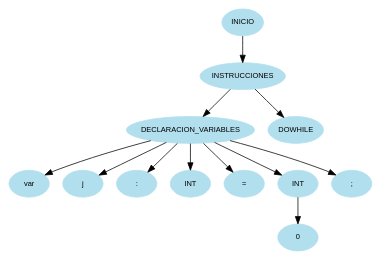
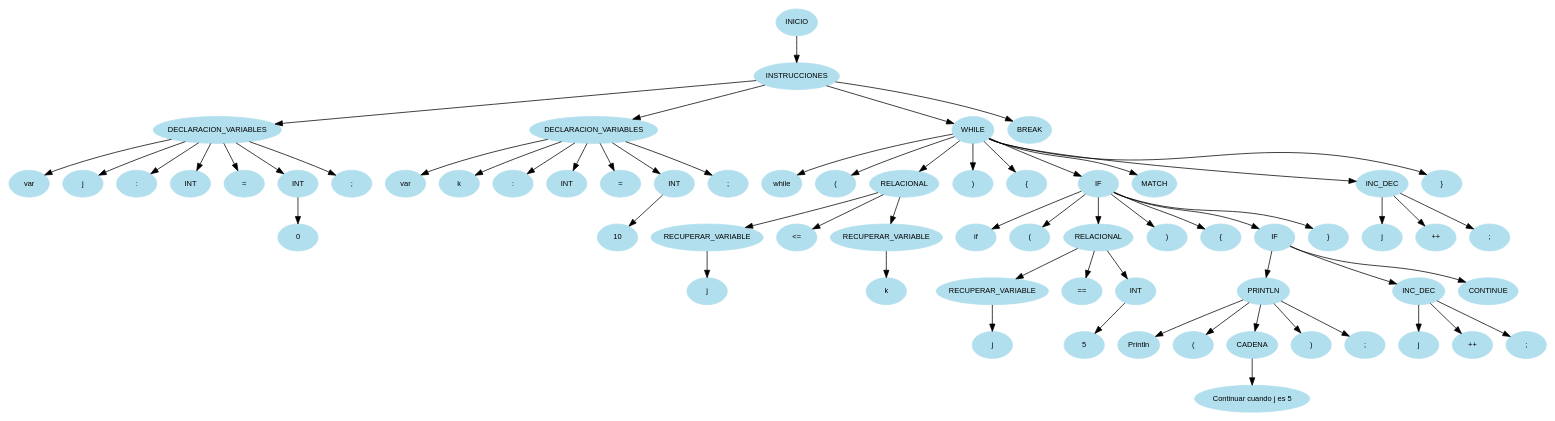
The diagram in Fase_1/Reports/arbolAST.dot (MMP119/OLC1_JavaCraft), drawn with Graphviz before and after one commit. The commit also changed 14 other files, not shown here.

```diff
--- a/Fase_1/Reports/arbolAST.dot
+++ b/Fase_1/Reports/arbolAST.dot
@@ -1,27 +1,129 @@
 digraph arbolAST{
 node [shape=oval, style=filled, color=lightblue2, fontname=Helvetica, fontsize=10];
 edge [fontname=Helvetica, fontsize=10];
 n0[label="INICIO"];
 n1[label="INSTRUCCIONES"];
 n0 -> n1;
 n2[label="DECLARACION_VARIABLES"];
 n1 -> n2;
 n3[label="var"];
 n2 -> n3;
 n4[label="j"];
 n2 -> n4;
 n5[label=":"];
 n2 -> n5;
 n6[label="INT"];
 n2 -> n6;
 n7[label="="];
 n2 -> n7;
 n8[label="INT"];
 n2 -> n8;
 n9[label="0"];
 n8 -> n9;
 n10[label=";"];
 n2 -> n10;
-n11[label="DOWHILE"];
+n11[label="DECLARACION_VARIABLES"];
 n1 -> n11;
+n12[label="var"];
+n11 -> n12;
+n13[label="k"];
+n11 -> n13;
+n14[label=":"];
+n11 -> n14;
+n15[label="INT"];
+n11 -> n15;
+n16[label="="];
+n11 -> n16;
+n17[label="INT"];
+n11 -> n17;
+n18[label="10"];
+n17 -> n18;
+n19[label=";"];
+n11 -> n19;
+n20[label="WHILE"];
+n1 -> n20;
+n21[label="while"];
+n20 -> n21;
+n22[label="("];
+n20 -> n22;
+n23[label="RELACIONAL"];
+n20 -> n23;
+n24[label="RECUPERAR_VARIABLE"];
+n23 -> n24;
+n25[label="j"];
+n24 -> n25;
+n26[label="<="];
+n23 -> n26;
+n27[label="RECUPERAR_VARIABLE"];
+n23 -> n27;
+n28[label="k"];
+n27 -> n28;
+n29[label=")"];
+n20 -> n29;
+n30[label="{"];
+n20 -> n30;
+n31[label="IF"];
+n20 -> n31;
+n32[label="if"];
+n31 -> n32;
+n33[label="("];
+n31 -> n33;
+n34[label="RELACIONAL"];
+n31 -> n34;
+n35[label="RECUPERAR_VARIABLE"];
+n34 -> n35;
+n36[label="j"];
+n35 -> n36;
+n37[label="=="];
+n34 -> n37;
+n38[label="INT"];
+n34 -> n38;
+n39[label="5"];
+n38 -> n39;
+n40[label=")"];
+n31 -> n40;
+n41[label="{"];
+n31 -> n41;
+n42[label="IF"];
+n31 -> n42;
+n43[label="PRINTLN"];
+n42 -> n43;
+n44[label="Println"];
+n43 -> n44;
+n45[label="("];
+n43 -> n45;
+n46[label="CADENA"];
+n43 -> n46;
+n47[label="Continuar cuando j es 5"];
+n46 -> n47;
+n48[label=")"];
+n43 -> n48;
+n49[label=";"];
+n43 -> n49;
+n50[label="INC_DEC"];
+n42 -> n50;
+n51[label="j"];
+n50 -> n51;
+n52[label="++"];
+n50 -> n52;
+n53[label=";"];
+n50 -> n53;
+n54[label="CONTINUE"];
+n42 -> n54;
+n55[label="}"];
+n31 -> n55;
+n56[label="MATCH"];
+n20 -> n56;
+n57[label="INC_DEC"];
+n20 -> n57;
+n58[label="j"];
+n57 -> n58;
+n59[label="++"];
+n57 -> n59;
+n60[label=";"];
+n57 -> n60;
+n61[label="}"];
+n20 -> n61;
+n62[label="BREAK"];
+n1 -> n62;
 }
```
